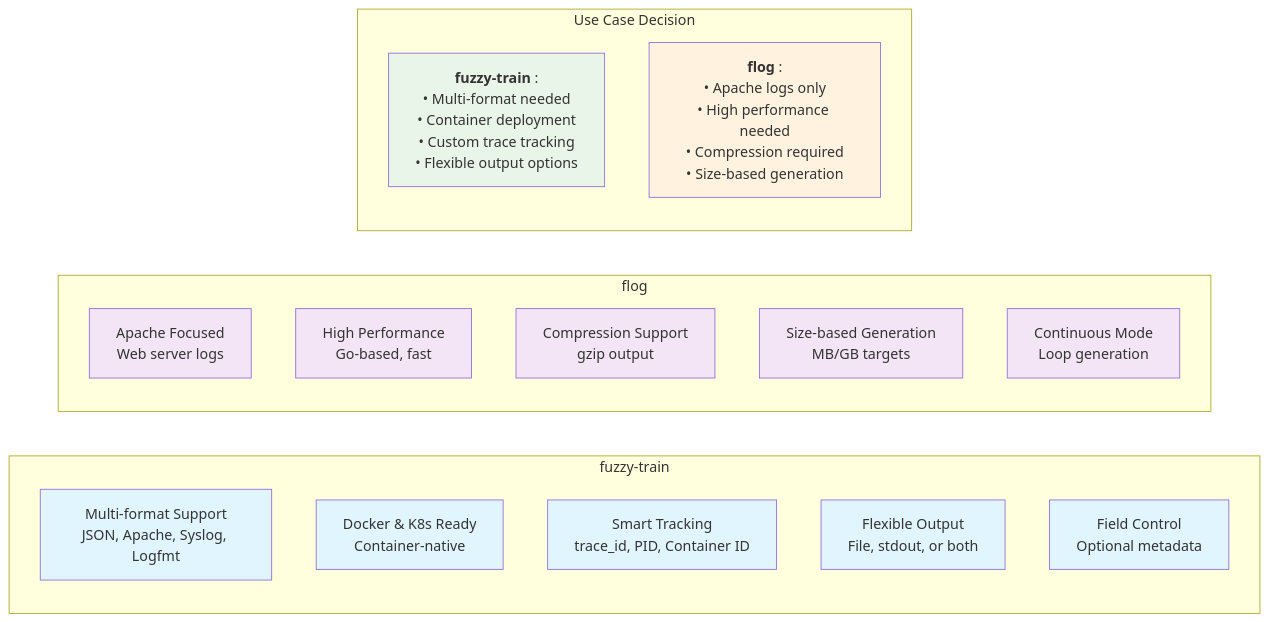
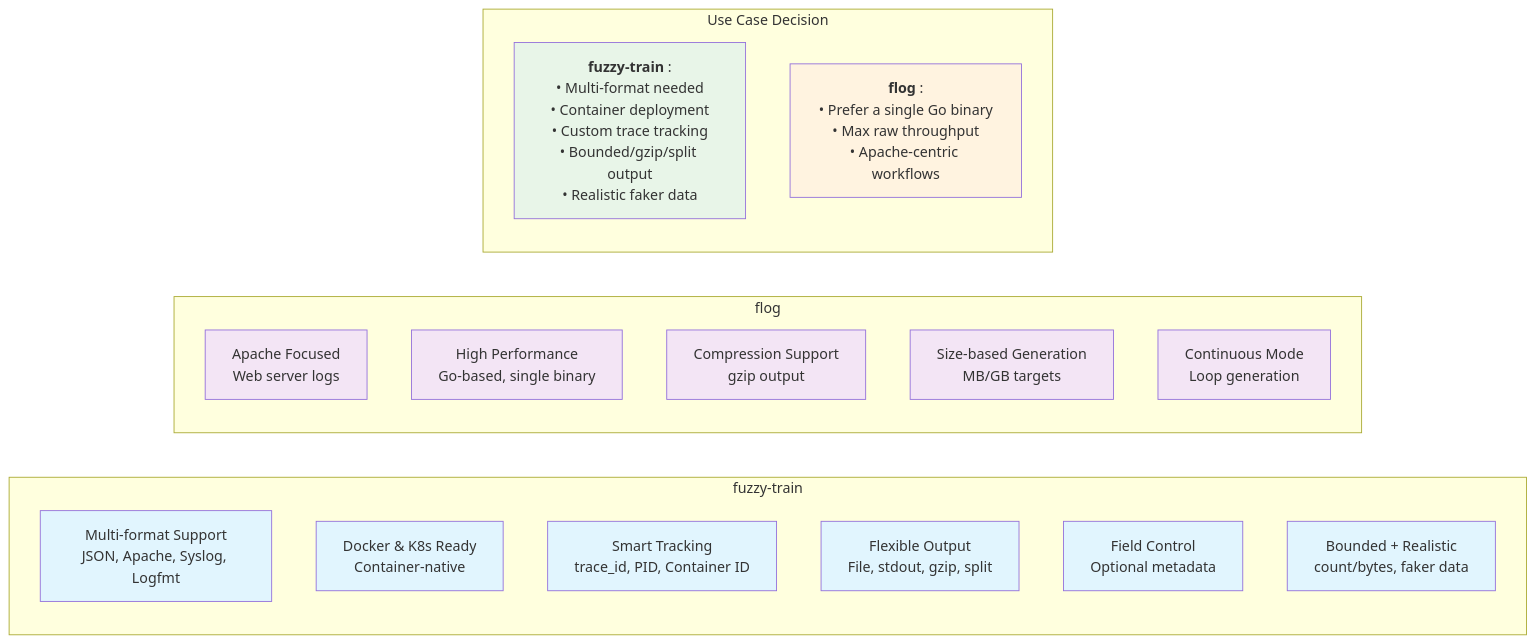
Before and after one commit to sagarnikam123/sagarnikam123.github.io: the third of 7 diagrams in _posts/2025-08-15-generate-fake-logs.md, drawn with Mermaid. The commit also changed other lines of this file, not shown here.

Commit message:
docs(posts): update fake logs post with v2.3.0 fuzzy-train features and compose syntax

````diff
--- a/_posts/2025-08-15-generate-fake-logs.md
+++ b/_posts/2025-08-15-generate-fake-logs.md
@@ -311,37 +340,39 @@
 ```mermaid
 graph LR
     subgraph "fuzzy-train"
         A1[Multi-format Support<br/>JSON, Apache, Syslog, Logfmt]
         A2[Docker & K8s Ready<br/>Container-native]
         A3[Smart Tracking<br/>trace_id, PID, Container ID]
-        A4[Flexible Output<br/>File, stdout, or both]
+        A4[Flexible Output<br/>File, stdout, gzip, split]
         A5[Field Control<br/>Optional metadata]
+        A6[Bounded + Realistic<br/>count/bytes, faker data]
     end
 
     subgraph "flog"
         B1[Apache Focused<br/>Web server logs]
-        B2[High Performance<br/>Go-based, fast]
+        B2[High Performance<br/>Go-based, single binary]
         B3[Compression Support<br/>gzip output]
         B4[Size-based Generation<br/>MB/GB targets]
         B5[Continuous Mode<br/>Loop generation]
     end
 
     subgraph "Use Case Decision"
-        C1[<b>fuzzy-train</b> :<br/>• Multi-format needed<br/>• Container deployment<br/>• Custom trace tracking<br/>• Flexible output options]
+        C1[<b>fuzzy-train</b> :<br/>• Multi-format needed<br/>• Container deployment<br/>• Custom trace tracking<br/>• Bounded/gzip/split output<br/>• Realistic faker data]
 
-        C2[<b>flog</b> :<br/>• Apache logs only<br/>• High performance needed<br/>• Compression required<br/>• Size-based generation]
+        C2[<b>flog</b> :<br/>• Prefer a single Go binary<br/>• Max raw throughput<br/>• Apache-centric workflows]
     end
 
     style A1 fill:#e1f5fe
     style A2 fill:#e1f5fe
     style A3 fill:#e1f5fe
     style A4 fill:#e1f5fe
     style A5 fill:#e1f5fe
+    style A6 fill:#e1f5fe
     style B1 fill:#f3e5f5
     style B2 fill:#f3e5f5
     style B3 fill:#f3e5f5
     style B4 fill:#f3e5f5
     style B5 fill:#f3e5f5
     style C1 fill:#e8f5e8
     style C2 fill:#fff3e0
 ```
````
